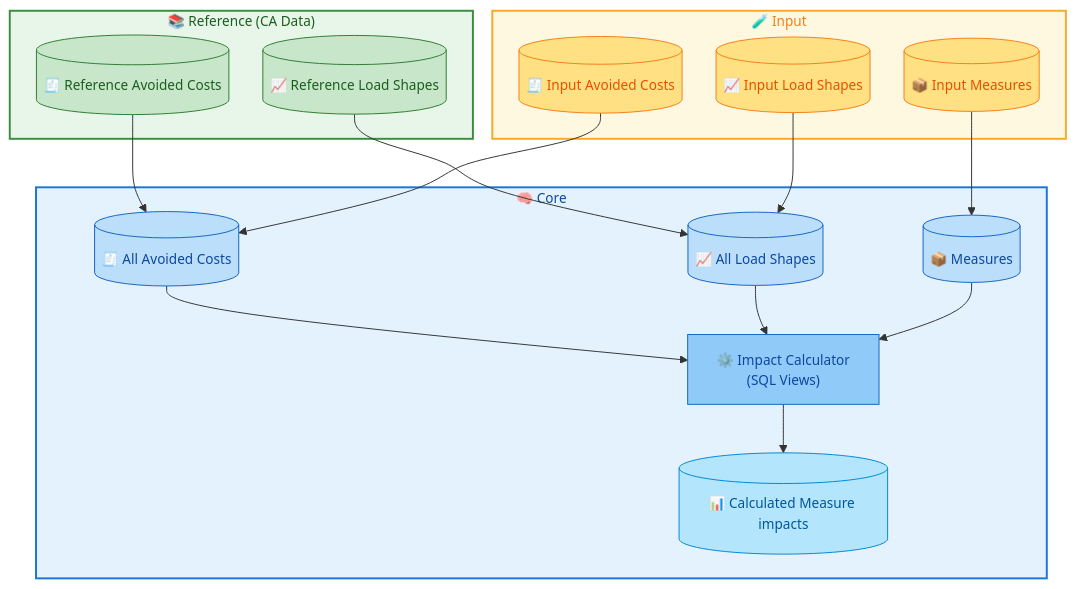
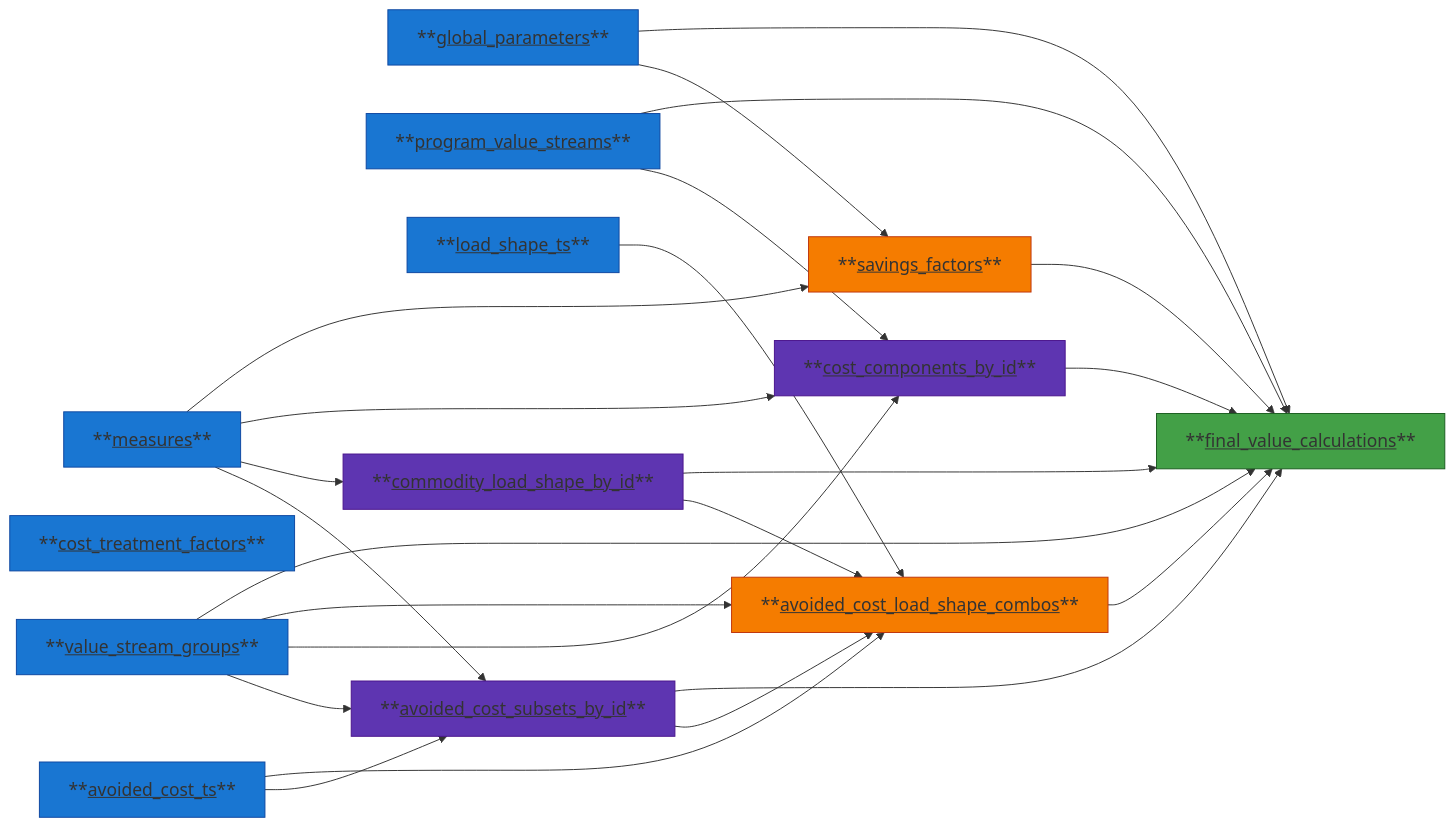
Before and after one commit to openbca/openbca: the third of 3 diagrams in README.md, drawn with Mermaid. The commit also changed other lines of this file, not shown here.

````diff
--- a/README.md
+++ b/README.md
@@ -200,62 +124,67 @@
 ```mermaid
-flowchart TD
+%%{init: {'themeVariables': {'fontSize': '18px'}}}%%
+flowchart LR
+
+    measures[**<u>measures</u>**]
+    global_parameters[**<u>global_parameters</u>**]
+    cost_treatment_factors[**<u>cost_treatment_factors</u>**]
+    program_value_streams[**<u>program_value_streams</u>**]
+    value_stream_groups[**<u>value_stream_groups</u>**]
+    load_shape_ts[**<u>load_shape_ts</u>**]
+    avoided_cost_ts[**<u>avoided_cost_ts</u>**]
     
-%%{ init: {
-    "theme": "default",
-    "themeVariables": {
-        "fontSize": "14px"
-    },
-    "flowchart": {
-        "nodeSpacing": 35,
-        "curve": "basis"
-    }
-} }%%
+    avoided_cost_subsets_by_id[**<u>avoided_cost_subsets_by_id</u>**]
+    commodity_load_shape_by_id[**<u>commodity_load_shape_by_id</u>**]
+    cost_components_by_id[**<u>cost_components_by_id</u>**]
 
-%% === Module Nodes ===
-subgraph Reference ["📚 Reference (CA Data)"]
-    style Reference fill:#e8f5e9,stroke:#388e3c,color:#1b5e20,stroke-width:2px
-    reference_avoided_costs[(🧾 Reference Avoided Costs)]
-    reference_load_shapes[(📈 Reference Load Shapes)]
-    style reference_avoided_costs fill:#c8e6c9,stroke:#2e7d32,color:#1b5e20
-    style reference_load_shapes fill:#c8e6c9,stroke:#2e7d32,color:#1b5e20
-end
+    avoided_cost_load_shape_combos[**<u>avoided_cost_load_shape_combos</u>**]
+    savings_factors[**<u>savings_factors</u>**]
 
-subgraph Demo ["🧪 Input"]
-    style Demo fill:#fff8e1,stroke:#f9a825,color:#f57f17,stroke-width:2px
-    input_avoided_costs[(🧾 Input Avoided Costs)]
-    input_load_shapes[(📈 Input Load Shapes)]
-    input_measures[(📦 Input Measures)]
-    style input_avoided_costs fill:#ffe082,stroke:#f57f17,color:#e65100
-    style input_load_shapes fill:#ffe082,stroke:#f57f17,color:#e65100
-    style input_measures fill:#ffe082,stroke:#f57f17,color:#e65100
-end
+    final_value_calculations[**<u>final_value_calculations</u>**]
 
-subgraph Core ["🧠 Core"]
-    style Core fill:#e3f2fd,stroke:#1976d2,color:#0d47a1,stroke-width:2px
-    all_avoided_costs[(🧾 All Avoided Costs)]
-    all_load_shapes[(📈 All Load Shapes)]
-    measures[(📦 Measures)]
-    calculator["⚙️ Impact Calculator <br />(SQL Views)"]
-    measure_impacts[(📊 Calculated Measure impacts)]
-    style all_avoided_costs fill:#bbdefb,stroke:#1565c0,color:#0d47a1
-    style all_load_shapes fill:#bbdefb,stroke:#1565c0,color:#0d47a1
-    style measures fill:#bbdefb,stroke:#1565c0,color:#0d47a1
-    style calculator fill:#90caf9,stroke:#1565c0,color:#0d47a1
-    style measure_impacts fill:#b3e5fc,stroke:#0288d1,color:#01579b
-end
+measures-->avoided_cost_subsets_by_id
+avoided_cost_ts-->avoided_cost_subsets_by_id
+value_stream_groups-->avoided_cost_subsets_by_id
 
-reference_avoided_costs --> all_avoided_costs
-input_avoided_costs --> all_avoided_costs
+measures-->commodity_load_shape_by_id
 
-reference_load_shapes --> all_load_shapes
-input_load_shapes --> all_load_shapes
+measures-->cost_components_by_id
+value_stream_groups-->cost_components_by_id
+program_value_streams-->cost_components_by_id
 
-input_measures --> measures
+avoided_cost_ts-->avoided_cost_load_shape_combos
+load_shape_ts-->avoided_cost_load_shape_combos
+value_stream_groups-->avoided_cost_load_shape_combos
+commodity_load_shape_by_id-->avoided_cost_load_shape_combos
+avoided_cost_subsets_by_id-->avoided_cost_load_shape_combos
 
-all_avoided_costs --> calculator
-all_load_shapes --> calculator
-measures --> calculator
-calculator --> measure_impacts
-    
-    
+measures-->savings_factors
+global_parameters-->savings_factors
+
+global_parameters-->final_value_calculations
+value_stream_groups-->final_value_calculations
+program_value_streams-->final_value_calculations
+commodity_load_shape_by_id-->final_value_calculations
+avoided_cost_subsets_by_id-->final_value_calculations
+avoided_cost_load_shape_combos-->final_value_calculations
+cost_components_by_id-->final_value_calculations
+savings_factors-->final_value_calculations
+
+    %% Base
+    style measures fill:#1976d2,stroke:#0d47a1
+    style global_parameters fill:#1976d2,stroke:#0d47a1
+    style cost_treatment_factors fill:#1976d2,stroke:#0d47a1
+    style program_value_streams fill:#1976d2,stroke:#0d47a1
+    style value_stream_groups fill:#1976d2,stroke:#0d47a1
+    style load_shape_ts fill:#1976d2,stroke:#0d47a1
+    style avoided_cost_ts fill:#1976d2,stroke:#0d47a1
+    %% Mappings
+    style avoided_cost_subsets_by_id fill:#5e35b1,stroke:#4a148c
+    style commodity_load_shape_by_id fill:#5e35b1,stroke:#4a148c
+    style cost_components_by_id fill:#5e35b1,stroke:#4a148c
+    %% Precompute
+    style avoided_cost_load_shape_combos fill:#f57c00,stroke:#bf360c
+    style savings_factors fill:#f57c00,stroke:#bf360c
+    %% Finalization
+    style final_value_calculations fill:#43a047,stroke:#1b5e20
 ```
````
